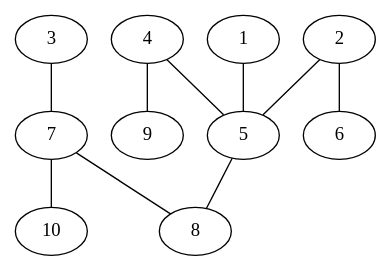
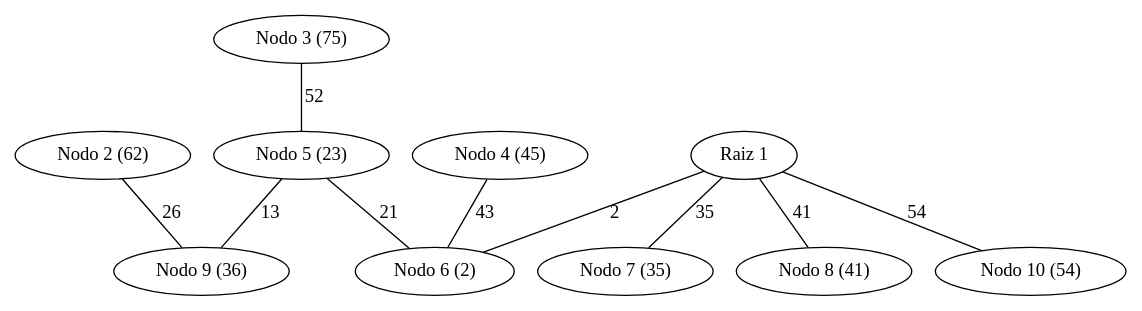
One commit to ElvisTech007/proyectos_DAA changed the diagram in proyecto_1/archivos_graphviz/arbol_Dijkstra_gilbert_10_nodos.dot. Above: the diagram before and after it, drawn with Graphviz. The commit also changed 23 other files, not shown here.

```diff
--- a/proyecto_1/archivos_graphviz/arbol_Dijkstra_gilbert_10_nodos.dot
+++ b/proyecto_1/archivos_graphviz/arbol_Dijkstra_gilbert_10_nodos.dot
@@ -1,21 +1,21 @@
 graph arbol_dijkstra_G_1 {
-    1;
-    5;
-    4;
-    8;
-    2;
-    6;
-    9;
-    7;
-    10;
-    3;
-    2 -- 5;
-    3 -- 7;
-    4 -- 5;
-    1 -- 5;
-    2 -- 6;
-    7 -- 8;
-    5 -- 8;
-    4 -- 9;
-    7 -- 10;
+    "1" [label="Raiz 1"];
+    "6" [label="Nodo 6 (2)"];
+    "5" [label="Nodo 5 (23)"];
+    "7" [label="Nodo 7 (35)"];
+    "9" [label="Nodo 9 (36)"];
+    "8" [label="Nodo 8 (41)"];
+    "4" [label="Nodo 4 (45)"];
+    "10" [label="Nodo 10 (54)"];
+    "2" [label="Nodo 2 (62)"];
+    "3" [label="Nodo 3 (75)"];
+    2 -- 9 [label="26"];
+    3 -- 5 [label="52"];
+    4 -- 6 [label="43"];
+    5 -- 6 [label="21"];
+    1 -- 6 [label="2"];
+    1 -- 7 [label="35"];
+    1 -- 8 [label="41"];
+    5 -- 9 [label="13"];
+    1 -- 10 [label="54"];
 }
```
